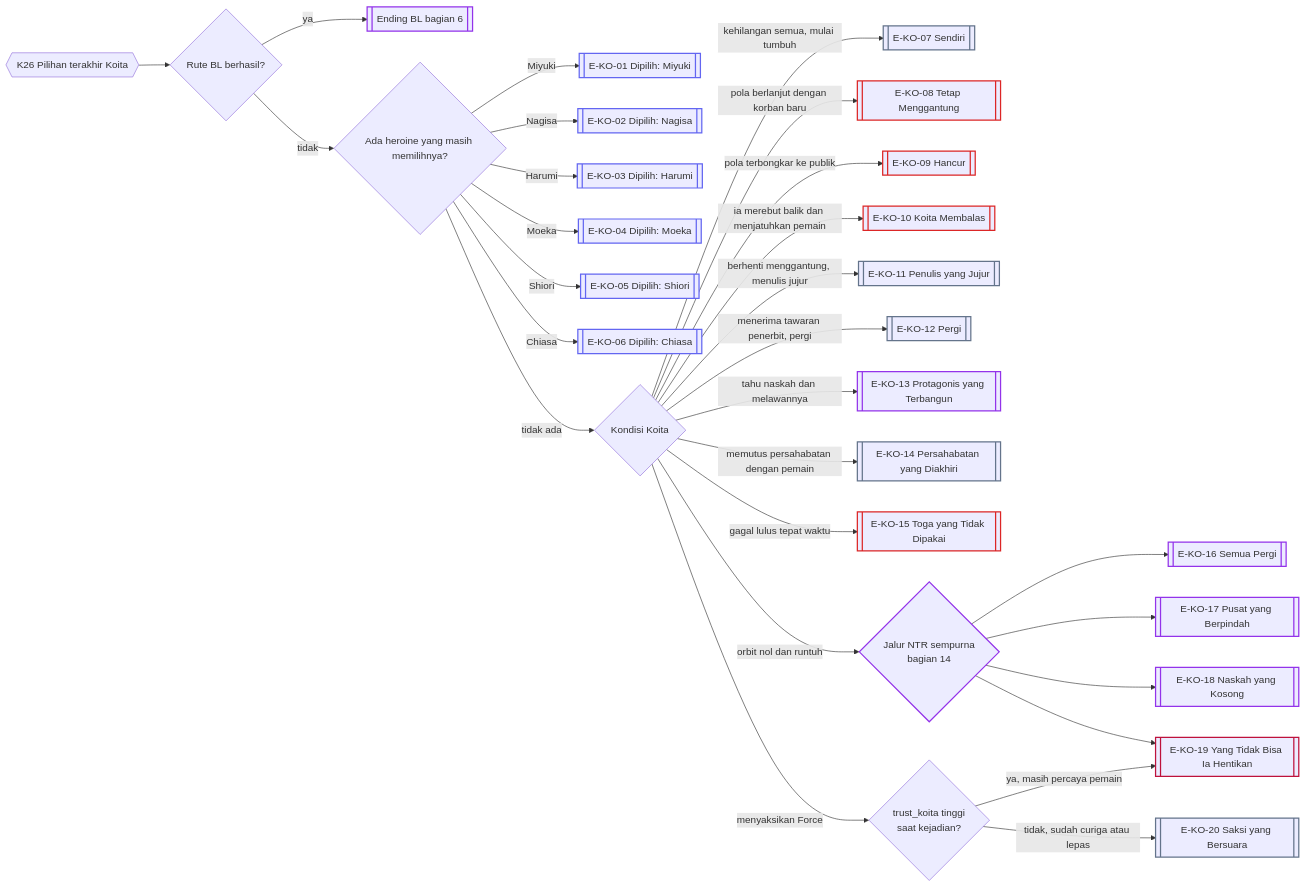
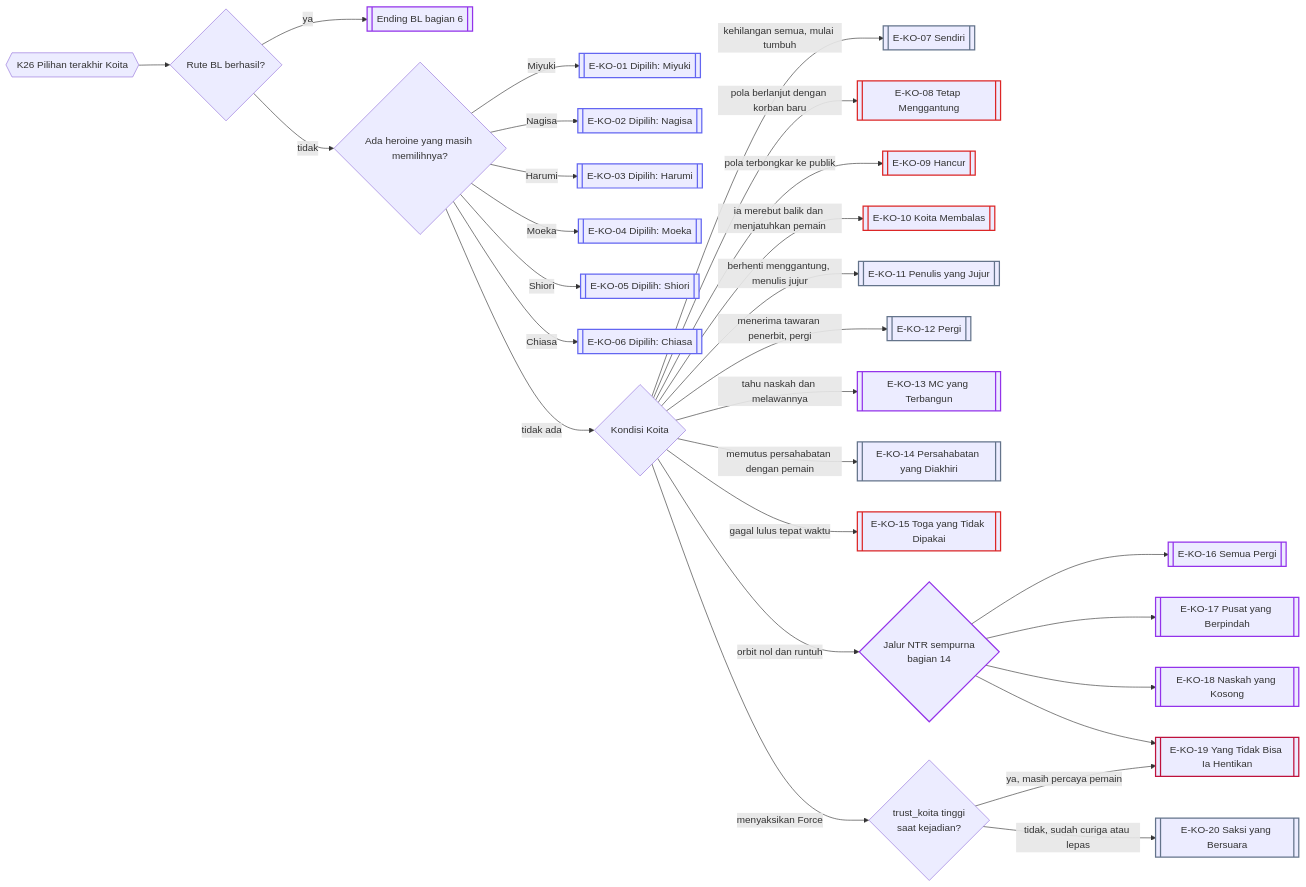
One commit to CHA-NYANN/NTR changed the fourth of 6 diagrams in docs/Alur_Cabang/07_Koita_dan_BL.md. Above: the diagram before and after it, drawn with Mermaid. The commit also changed other lines of this file and 673 other files, not shown here.

````diff
--- a/docs/Alur_Cabang/07_Koita_dan_BL.md
+++ b/docs/Alur_Cabang/07_Koita_dan_BL.md
@@ -156,40 +156,40 @@
 ```mermaid
 flowchart LR
   classDef koita stroke:#6366f1,stroke-width:2px
   classDef netral stroke:#64748b,stroke-width:2px
   classDef buruk stroke:#dc2626,stroke-width:2px
   classDef khusus stroke:#9333ea,stroke-width:2px
   classDef broken stroke:#be123c,stroke-width:2px
   R{{"K26 Pilihan terakhir Koita"}} --> BL{"Rute BL berhasil?"}
   BL -->|ya| EBL[["Ending BL bagian 6"]]
   BL -->|tidak| C{"Ada heroine yang masih memilihnya?"}
   C -->|Miyuki| K01[["E-KO-01 Dipilih: Miyuki"]]
   C -->|Nagisa| K02[["E-KO-02 Dipilih: Nagisa"]]
   C -->|Harumi| K03[["E-KO-03 Dipilih: Harumi"]]
   C -->|Moeka| K04[["E-KO-04 Dipilih: Moeka"]]
   C -->|Shiori| K05[["E-KO-05 Dipilih: Shiori"]]
   C -->|Chiasa| K06[["E-KO-06 Dipilih: Chiasa"]]
   C -->|tidak ada| S{"Kondisi Koita"}
   S -->|kehilangan semua, mulai tumbuh| K07[["E-KO-07 Sendiri"]]
   S -->|pola berlanjut dengan korban baru| K08[["E-KO-08 Tetap Menggantung"]]
   S -->|pola terbongkar ke publik| K09[["E-KO-09 Hancur"]]
   S -->|ia merebut balik dan menjatuhkan pemain| K10[["E-KO-10 Koita Membalas"]]
   S -->|berhenti menggantung, menulis jujur| K11[["E-KO-11 Penulis yang Jujur"]]
   S -->|menerima tawaran penerbit, pergi| K12[["E-KO-12 Pergi"]]
-  S -->|tahu naskah dan melawannya| K13[["E-KO-13 Protagonis yang Terbangun"]]
+  S -->|tahu naskah dan melawannya| K13[["E-KO-13 MC yang Terbangun"]]
   S -->|memutus persahabatan dengan pemain| K14[["E-KO-14 Persahabatan yang Diakhiri"]]
   S -->|gagal lulus tepat waktu| K15[["E-KO-15 Toga yang Tidak Dipakai"]]
   S -->|orbit nol dan runtuh| NTR{"Jalur NTR sempurna<br/>bagian 14"}
   NTR --> K16[["E-KO-16 Semua Pergi"]]
   NTR --> K17[["E-KO-17 Pusat yang Berpindah"]]
   NTR --> K18[["E-KO-18 Naskah yang Kosong"]]
   NTR --> K19[["E-KO-19 Yang Tidak Bisa Ia Hentikan"]]
   S -->|menyaksikan Force| TRF{"trust_koita tinggi<br/>saat kejadian?"}
   TRF -->|ya, masih percaya pemain| K19
   TRF -->|tidak, sudah curiga atau lepas| K20[["E-KO-20 Saksi yang Bersuara"]]
   class K01,K02,K03,K04,K05,K06 koita
   class K07,K11,K12,K14,K20 netral
   class K08,K09,K10,K15 buruk
   class K13,EBL,NTR,K16,K17,K18 khusus
   class K19 broken
 ```
````
